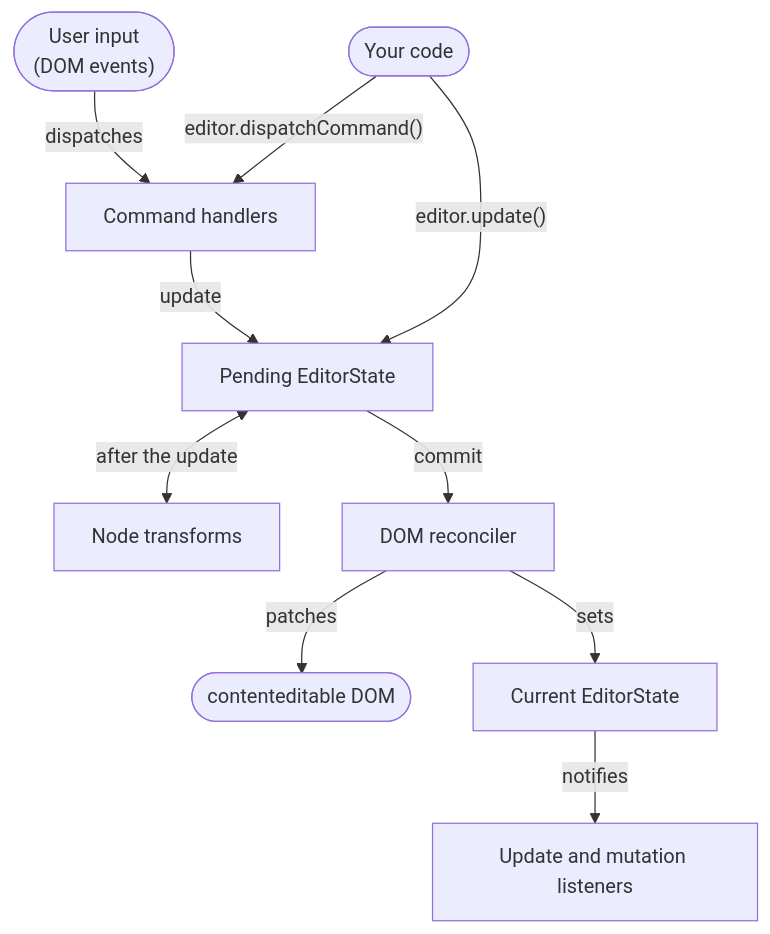
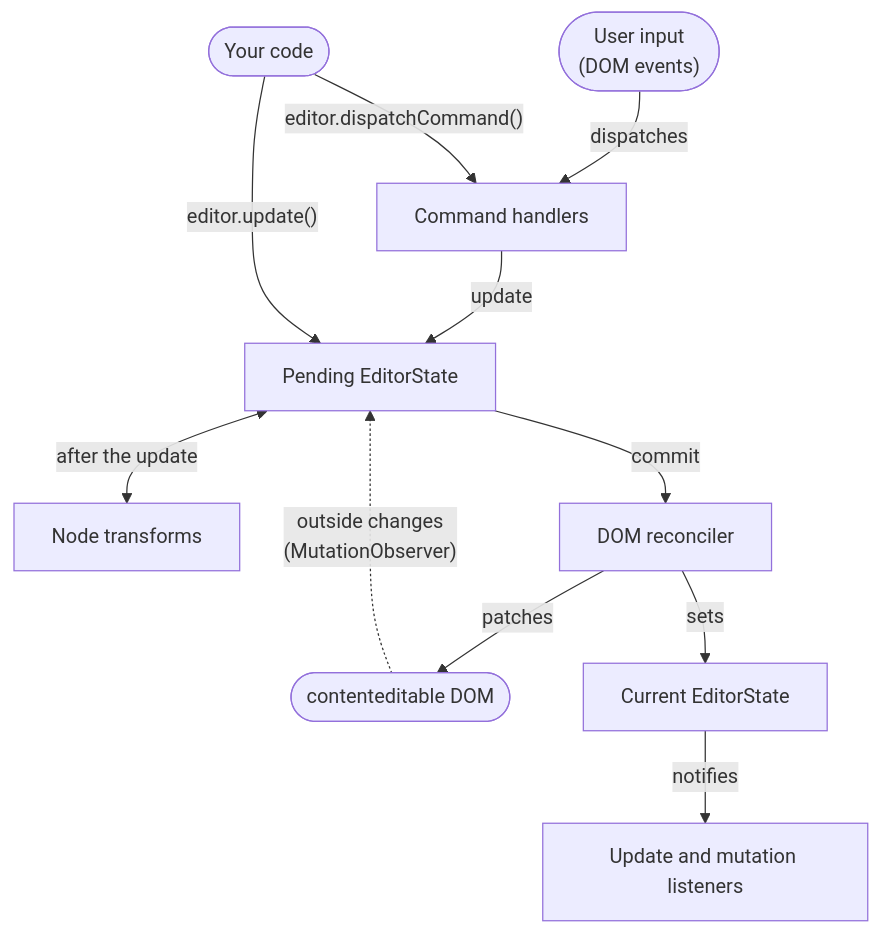
The second of 2 diagrams in packages/lexical-website/docs/intro.md (facebook/lexical), drawn with Mermaid before and after one commit. The commit also changed other lines of this file, not shown here.

First line of the commit message:
[lexical-website] Documentation Update: Explain the MutationObserver and running without a browser DOM in the intro

````diff
--- a/packages/lexical-website/docs/intro.md
+++ b/packages/lexical-website/docs/intro.md
@@ -205,12 +205,13 @@
 ```mermaid
 flowchart TB
   input(["User input<br/>(DOM events)"]) -->|dispatches| cmd["Command handlers"]
   cmd -->|"update"| pending
   api(["Your code"]) -->|"editor.update()"| pending["Pending EditorState"]
   api -->|"editor.dispatchCommand()"| cmd
   pending <-->|"after the update"| transforms["Node transforms"]
   pending -->|"commit"| reconciler["DOM reconciler"]
   reconciler -->|"patches"| dom(["contenteditable DOM"])
+  dom -.->|"outside changes<br/>(MutationObserver)"| pending
   reconciler -->|"sets"| current["Current EditorState"]
   current -->|"notifies"| listeners["Update and mutation listeners"]
 ```
````
